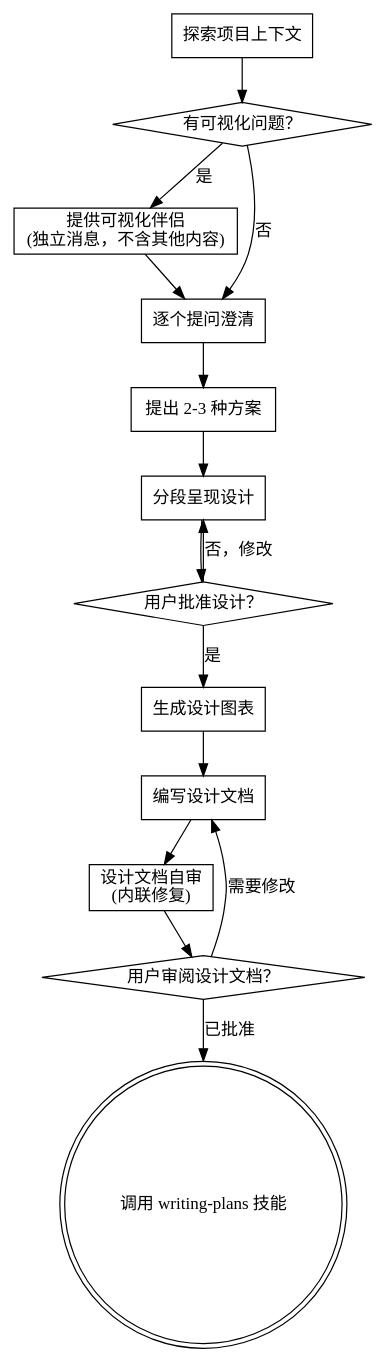
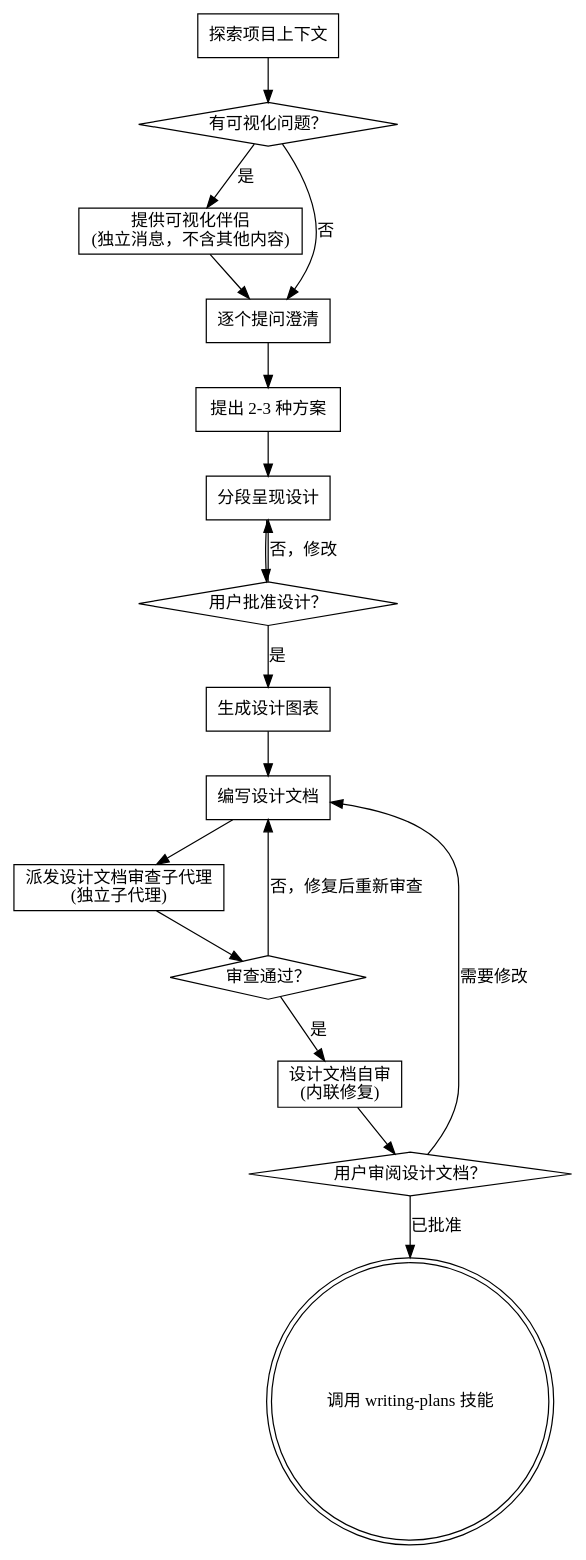
One commit to Geek-Bob/SuperpowersLite changed the diagram in skills/brainstorming/SKILL.md. Above: the diagram before and after it, drawn with Graphviz. The commit also changed other lines of this file and 8 other files, not shown here.

Commit message:
feat: Lite 改造 — 图表驱动设计 + 文档审查子代理 + 强制TDD + 部分中文化

````diff
--- a/skills/brainstorming/SKILL.md
+++ b/skills/brainstorming/SKILL.md
@@ -37,31 +38,36 @@
 ```dot
 digraph brainstorming {
     "探索项目上下文" [shape=box];
     "有可视化问题？" [shape=diamond];
     "提供可视化伴侣\n(独立消息，不含其他内容)" [shape=box];
     "逐个提问澄清" [shape=box];
     "提出 2-3 种方案" [shape=box];
     "分段呈现设计" [shape=box];
     "用户批准设计？" [shape=diamond];
     "生成设计图表" [shape=box];
     "编写设计文档" [shape=box];
+    "派发设计文档审查子代理\n(独立子代理)" [shape=box];
+    "审查通过？" [shape=diamond];
     "设计文档自审\n(内联修复)" [shape=box];
     "用户审阅设计文档？" [shape=diamond];
     "调用 writing-plans 技能" [shape=doublecircle];
 
     "探索项目上下文" -> "有可视化问题？";
     "有可视化问题？" -> "提供可视化伴侣\n(独立消息，不含其他内容)" [label="是"];
     "有可视化问题？" -> "逐个提问澄清" [label="否"];
     "提供可视化伴侣\n(独立消息，不含其他内容)" -> "逐个提问澄清";
     "逐个提问澄清" -> "提出 2-3 种方案";
     "提出 2-3 种方案" -> "分段呈现设计";
     "分段呈现设计" -> "用户批准设计？";
     "用户批准设计？" -> "分段呈现设计" [label="否，修改"];
     "用户批准设计？" -> "生成设计图表" [label="是"];
     "生成设计图表" -> "编写设计文档";
-    "编写设计文档" -> "设计文档自审\n(内联修复)";
+    "编写设计文档" -> "派发设计文档审查子代理\n(独立子代理)";
+    "派发设计文档审查子代理\n(独立子代理)" -> "审查通过？";
+    "审查通过？" -> "设计文档自审\n(内联修复)" [label="是"];
+    "审查通过？" -> "编写设计文档" [label="否，修复后重新审查"];
     "设计文档自审\n(内联修复)" -> "用户审阅设计文档？";
     "用户审阅设计文档？" -> "编写设计文档" [label="需要修改"];
     "用户审阅设计文档？" -> "调用 writing-plans 技能" [label="已批准"];
 }
 ```
````
